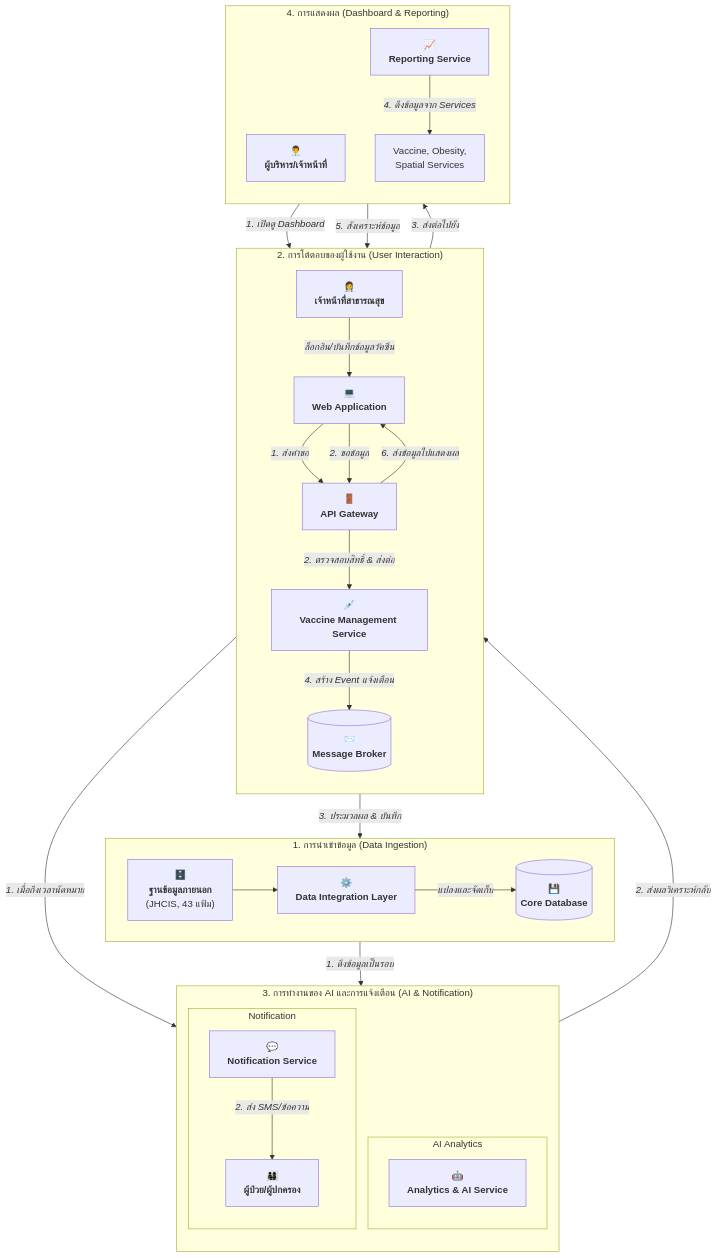
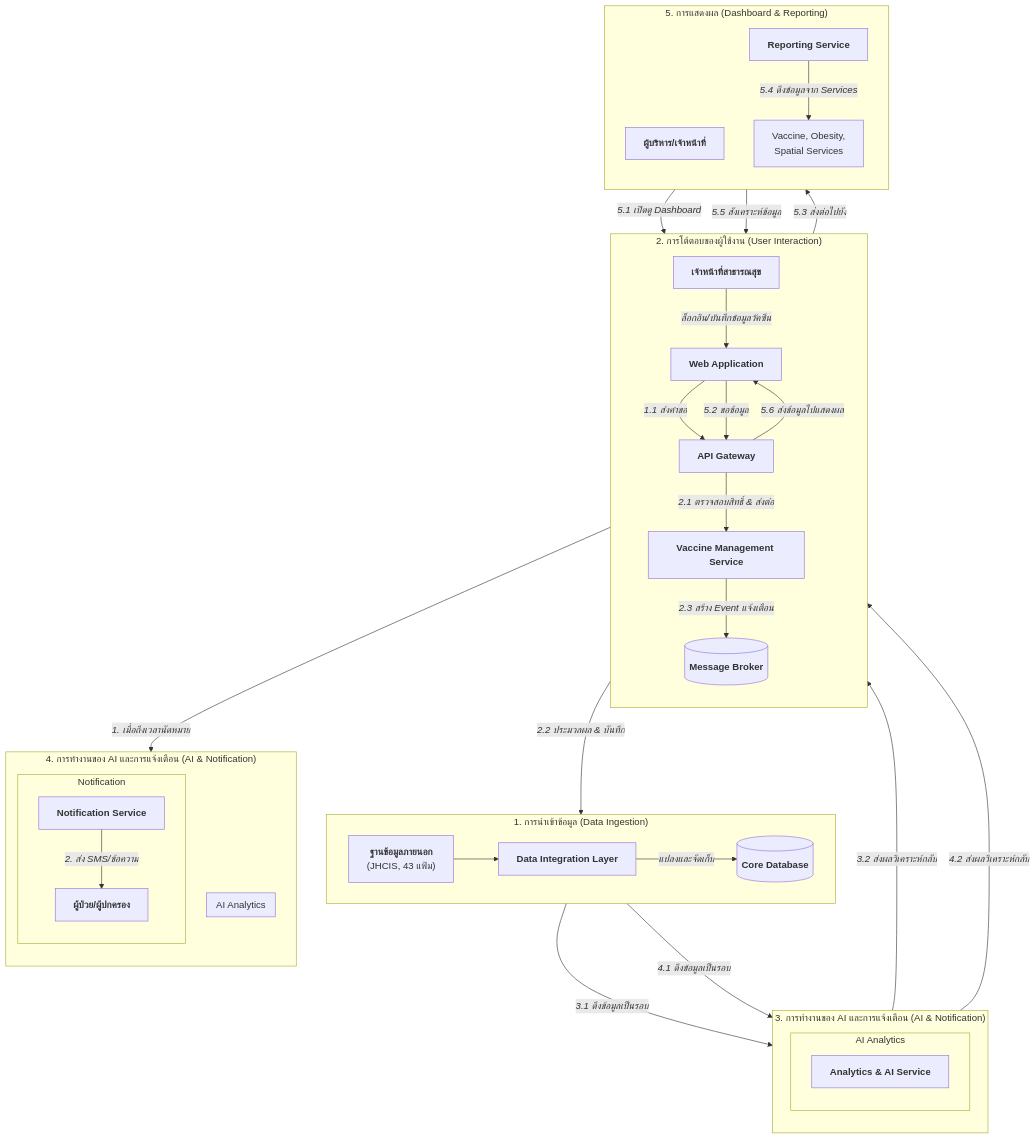
One commit to dookda/cmu_udfire_gee changed the diagram in hotpred/lampang_flow.md. Above: the diagram before and after it, drawn with Mermaid. The commit also changed 9 other files, not shown here.

````diff
--- a/hotpred/lampang_flow.md
+++ b/hotpred/lampang_flow.md
@@ -1,41 +1,48 @@
 ```mermaid
 graph TD
     subgraph "1. การนำเข้าข้อมูล (Data Ingestion)"
         direction LR
-        ExternalDB["🗄️<br/><b>ฐานข้อมูลภายนอก</b><br/>(JHCIS, 43 แฟ้ม)"] --> DIL["⚙️<br/><b>Data Integration Layer</b>"]
-        DIL -- "<i>แปลงและจัดเก็บ</i>" --> CoreDB[("💾<br/><b>Core Database</b>")]
+        ExternalDB["<b>ฐานข้อมูลภายนอก</b><br/>(JHCIS, 43 แฟ้ม)"] --> DIL["<b>Data Integration Layer</b>"]
+        DIL -- "<i>แปลงและจัดเก็บ</i>" --> CoreDB[("<b>Core Database</b>")]
     end
 
     subgraph "2. การโต้ตอบของผู้ใช้งาน (User Interaction)"
         direction TB
-        User["👩‍⚕️<br/><b>เจ้าหน้าที่สาธารณสุข</b>"] -- "<i>ล็อกอิน/บันทึกข้อมูลวัคซีน</i>" --> Frontend["💻<br/><b>Web Application</b>"]
-        Frontend -- "<i>1. ส่งคำขอ</i>" --> APIGW["🚪<br/><b>API Gateway</b>"]
-        APIGW -- "<i>2. ตรวจสอบสิทธิ์ & ส่งต่อ</i>" --> VMS["💉<br/><b>Vaccine Management Service</b>"]
-        VMS -- "<i>3. ประมวลผล & บันทึก</i>" --> CoreDB
-        VMS -- "<i>4. สร้าง Event แจ้งเตือน</i>" --> MB[("📨<br/><b>Message Broker</b>")]
+        User["<b>เจ้าหน้าที่สาธารณสุข</b>"] -- "<i>ล็อกอิน/บันทึกข้อมูลวัคซีน</i>" --> Frontend["<b>Web Application</b>"]
+        Frontend -- "<i>1.1 ส่งคำขอ</i>" --> APIGW["<b>API Gateway</b>"]
+        APIGW -- "<i>2.1 ตรวจสอบสิทธิ์ & ส่งต่อ</i>" --> VMS["<b>Vaccine Management Service</b>"]
+        VMS -- "<i>2.2 ประมวลผล & บันทึก</i>" --> CoreDB
+        VMS -- "<i>2.3 สร้าง Event แจ้งเตือน</i>" --> MB[("<b>Message Broker</b>")]
     end
 
     subgraph "3. การทำงานของ AI และการแจ้งเตือน (AI & Notification)"
         direction TB
         subgraph "AI Analytics"
-            CoreDB -- "<i>1. ดึงข้อมูลเป็นรอบ</i>" --> AIS["🤖<br/><b>Analytics & AI Service</b>"]
-            AIS -- "<i>2. ส่งผลวิเคราะห์กลับ</i>" --> Frontend
+            CoreDB -- "<i>3.1 ดึงข้อมูลเป็นรอบ</i>" --> AIS["<b>Analytics & AI Service</b>"]
+            AIS -- "<i>3.2 ส่งผลวิเคราะห์กลับ</i>" --> Frontend
+        end
+    end
+
+    subgraph "4. การทำงานของ AI และการแจ้งเตือน (AI & Notification)"
+        direction TB
+        subgraph "AI Analytics"
+            CoreDB -- "<i>4.1 ดึงข้อมูลเป็นรอบ</i>" --> AIS["<b>Analytics & AI Service</b>"]
+            AIS -- "<i>4.2 ส่งผลวิเคราะห์กลับ</i>" --> Frontend
         end
 
         subgraph "Notification"
-             MB -- "<i>1. เมื่อถึงเวลานัดหมาย</i>" --> NS["💬<br/><b>Notification Service</b>"]
-             NS -- "<i>2. ส่ง SMS/ข้อความ</i>" --> Patient["👨‍👩‍👧‍👦<br/><b>ผู้ป่วย/ผู้ปกครอง</b>"]
+             MB -- "<i>1. เมื่อถึงเวลานัดหมาย</i>" --> NS["<b>Notification Service</b>"]
+             NS -- "<i>2. ส่ง SMS/ข้อความ</i>" --> Patient["<b>ผู้ป่วย/ผู้ปกครอง</b>"]
         end
     end
 
-    subgraph "4. การแสดงผล (Dashboard & Reporting)"
+    subgraph "5. การแสดงผล (Dashboard & Reporting)"
         direction TB
-        Admin["👨‍💼<br/><b>ผู้บริหาร/เจ้าหน้าที่</b>"] -- "<i>1. เปิดดู Dashboard</i>" --> Frontend
-        Frontend -- "<i>2. ขอข้อมูล</i>" --> APIGW
-        APIGW -- "<i>3. ส่งต่อไปยัง</i>" --> RS["📈<br/><b>Reporting Service</b>"]
-        RS -- "<i>4. ดึงข้อมูลจาก Services</i>" --> OtherServices["Vaccine, Obesity,<br/>Spatial Services"]
-        RS -- "<i>5. สังเคราะห์ข้อมูล</i>" --> APIGW
-        APIGW -- "<i>6. ส่งข้อมูลไปแสดงผล</i>" --> Frontend
+        Admin["<b>ผู้บริหาร/เจ้าหน้าที่</b>"] -- "<i>5.1 เปิดดู Dashboard</i>" --> Frontend
+        Frontend -- "<i>5.2 ขอข้อมูล</i>" --> APIGW
+        APIGW -- "<i>5.3 ส่งต่อไปยัง</i>" --> RS["<b>Reporting Service</b>"]
+        RS -- "<i>5.4 ดึงข้อมูลจาก Services</i>" --> OtherServices["Vaccine, Obesity,<br/>Spatial Services"]
+        RS -- "<i>5.5 สังเคราะห์ข้อมูล</i>" --> APIGW
+        APIGW -- "<i>5.6 ส่งข้อมูลไปแสดงผล</i>" --> Frontend
     end
-
 ```
````
